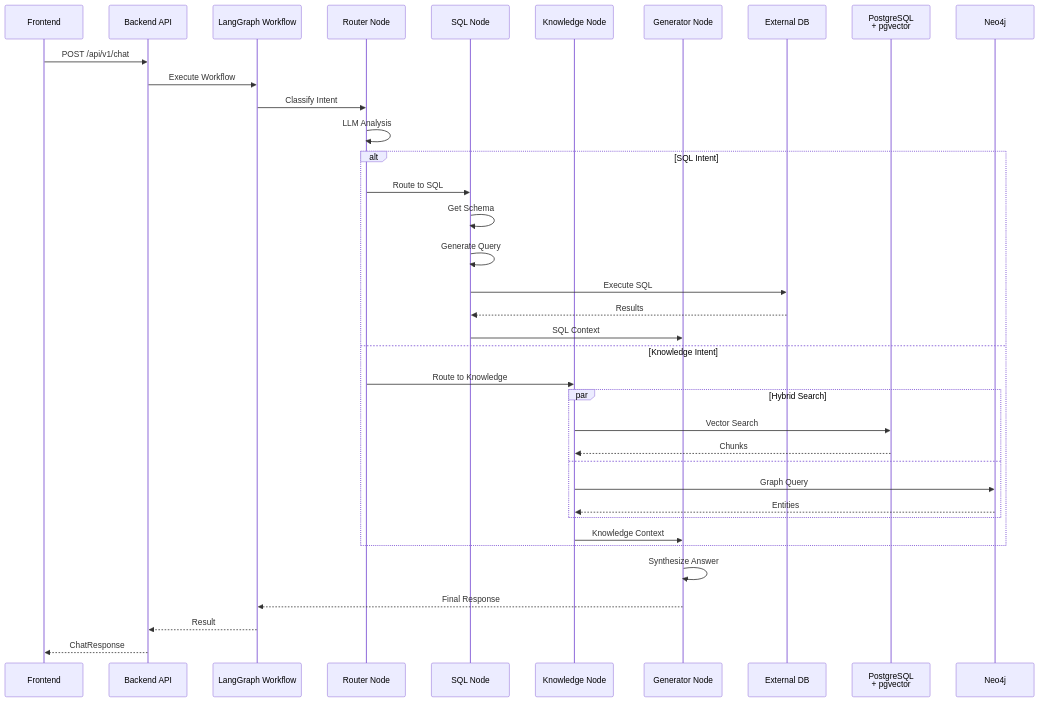
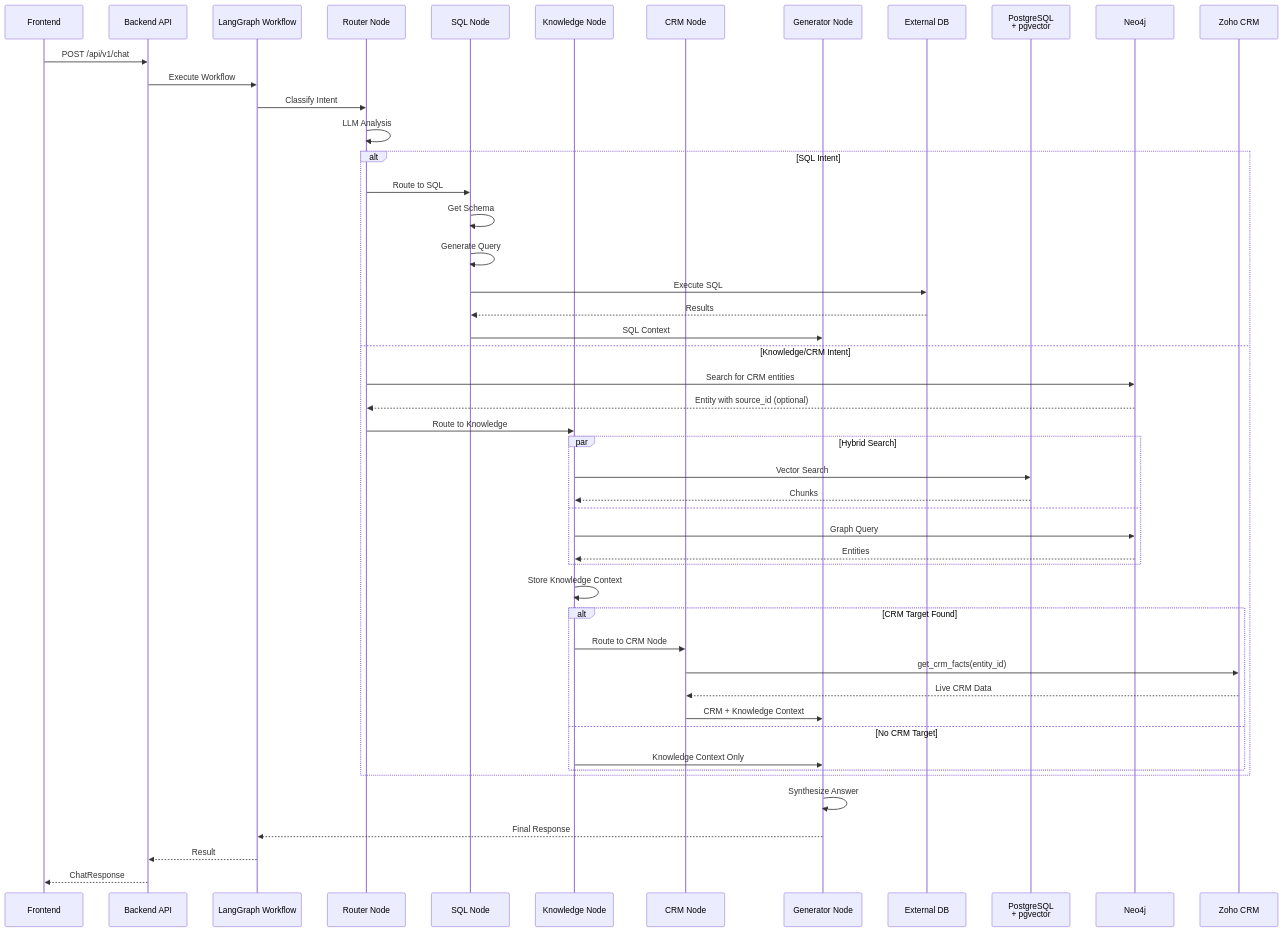
Before and after one commit to expoya/adizon-knowledge-core: the fourth of 9 diagrams in docs/ARCHITECTURE.md, drawn with Mermaid. The commit also changed other lines of this file and 30 other files, not shown here.

````diff
--- a/docs/ARCHITECTURE.md
+++ b/docs/ARCHITECTURE.md
@@ -168,43 +168,56 @@
 ```mermaid
 sequenceDiagram
     participant FE as Frontend
     participant BE as Backend API
     participant WF as LangGraph Workflow
     participant ROUTER as Router Node
     participant SQL as SQL Node
     participant KB as Knowledge Node
+    participant CRM as CRM Node
     participant GEN as Generator Node
     participant EXDB as External DB
     participant PG as PostgreSQL<br/>+ pgvector
     participant NEO as Neo4j
+    participant ZOHO as Zoho CRM
 
     FE->>BE: POST /api/v1/chat
     BE->>WF: Execute Workflow
     
     WF->>ROUTER: Classify Intent
     ROUTER->>ROUTER: LLM Analysis
     
     alt SQL Intent
         ROUTER->>SQL: Route to SQL
         SQL->>SQL: Get Schema
         SQL->>SQL: Generate Query
         SQL->>EXDB: Execute SQL
         EXDB-->>SQL: Results
         SQL->>GEN: SQL Context
-    else Knowledge Intent
+    else Knowledge/CRM Intent
+        ROUTER->>NEO: Search for CRM entities
+        NEO-->>ROUTER: Entity with source_id (optional)
         ROUTER->>KB: Route to Knowledge
         par Hybrid Search
             KB->>PG: Vector Search
             PG-->>KB: Chunks
         and
             KB->>NEO: Graph Query
             NEO-->>KB: Entities
         end
-        KB->>GEN: Knowledge Context
+        KB->>KB: Store Knowledge Context
+        
+        alt CRM Target Found
+            KB->>CRM: Route to CRM Node
+            CRM->>ZOHO: get_crm_facts(entity_id)
+            ZOHO-->>CRM: Live CRM Data
+            CRM->>GEN: CRM + Knowledge Context
+        else No CRM Target
+            KB->>GEN: Knowledge Context Only
+        end
     end
     
     GEN->>GEN: Synthesize Answer
     GEN-->>WF: Final Response
     WF-->>BE: Result
     BE-->>FE: ChatResponse
 ```
````
